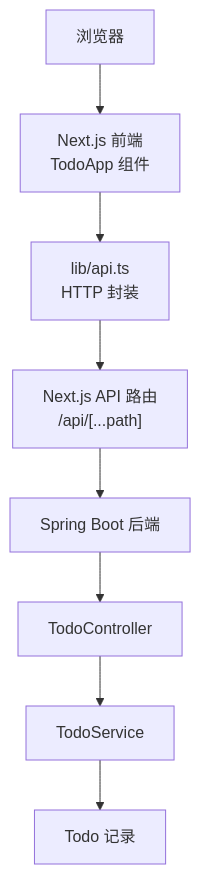
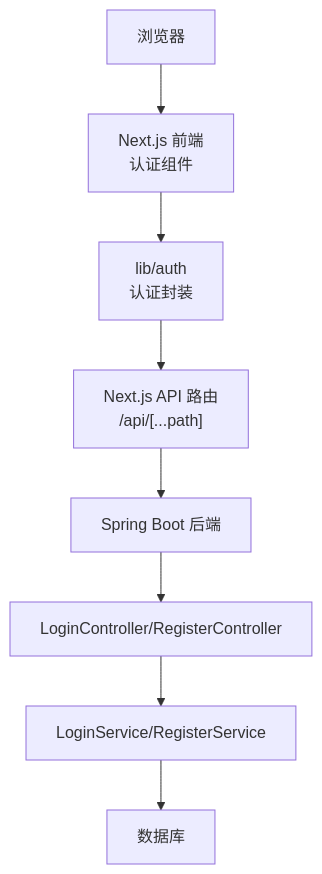
Before and after one commit to luyitiger6/my-first-project: the first of 4 diagrams in .qoder/repowiki/zh/content/前端开发/Todo 组件实现.md, drawn with Mermaid. The commit also changed other lines of this file and 42 other files, not shown here.

````diff
--- a/.qoder/repowiki/zh/content/前端开发/Todo 组件实现.md
+++ b/.qoder/repowiki/zh/content/前端开发/Todo 组件实现.md
@@ -33,10 +38,10 @@
 ```mermaid
 graph TB
-Browser["浏览器"] --> NextUI["Next.js 前端<br/>TodoApp 组件"]
-NextUI --> ApiLib["lib/api.ts<br/>HTTP 封装"]
-ApiLib --> NextRoute["Next.js API 路由<br/>/api/[...path]"]
+Browser["浏览器"] --> NextUI["Next.js 前端<br/>认证组件"]
+NextUI --> AuthLib["lib/auth<br/>认证封装"]
+AuthLib --> NextRoute["Next.js API 路由<br/>/api/[...path]"]
 NextRoute --> Backend["Spring Boot 后端"]
-Backend --> Controller["TodoController"]
-Controller --> Service["TodoService"]
-Service --> Model["Todo 记录"]
+Backend --> Controller["LoginController/RegisterController"]
+Controller --> Service["LoginService/RegisterService"]
+Service --> DB["数据库"]
 ```
````
